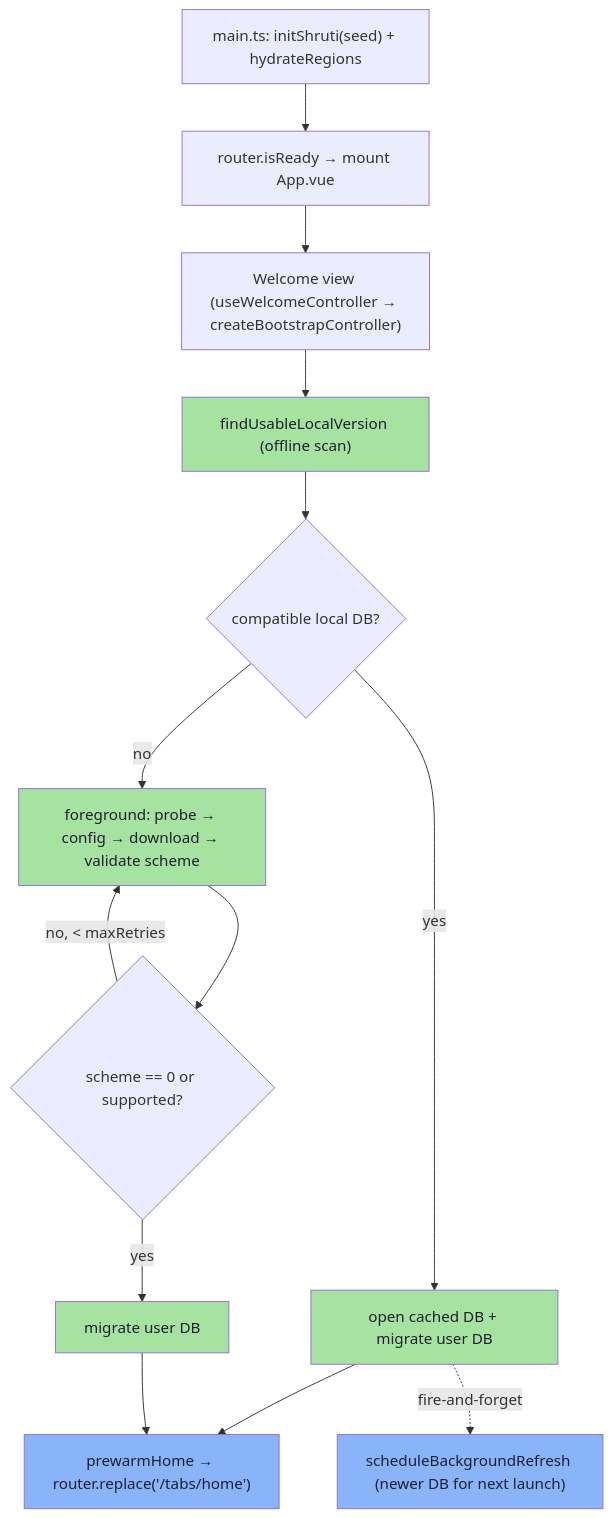
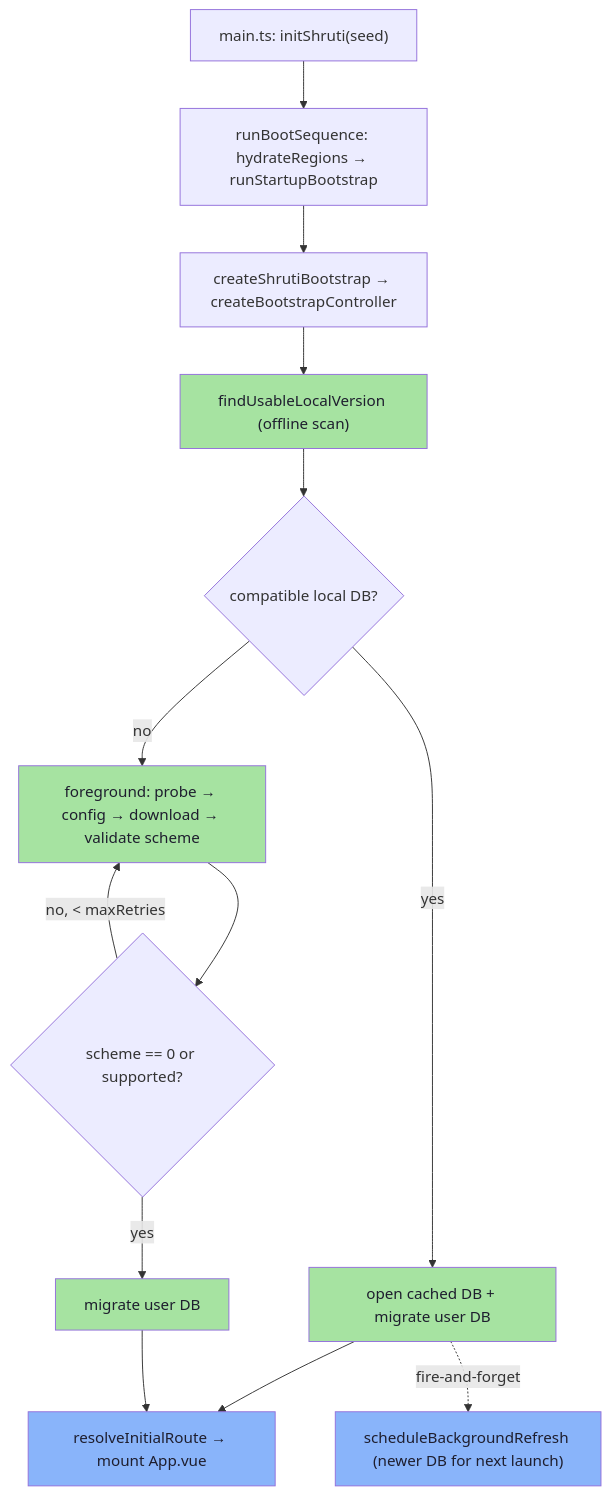
Before and after one commit to jiva-studio/shruti: the diagram in docs/repos/shruti/architecture/startup-flow.md, drawn with Mermaid. The commit also changed other lines of this file and 787 other files, not shown here.

````diff
--- a/docs/repos/shruti/architecture/startup-flow.md
+++ b/docs/repos/shruti/architecture/startup-flow.md
@@ -54,20 +49,20 @@
 ```mermaid
 graph TD
-  M["main.ts: initShruti(seed) + hydrateRegions"] --> R["router.isReady → mount App.vue"]
-  R --> W["Welcome view (useWelcomeController → createBootstrapController)"]
+  M["main.ts: initShruti(seed)"] --> B["runBootSequence: hydrateRegions → runStartupBootstrap"]
+  B --> W["createShrutiBootstrap → createBootstrapController"]
   W --> FU["findUsableLocalVersion (offline scan)"]
   FU --> HIT{"compatible local DB?"}
   HIT -- yes --> OPEN["open cached DB + migrate user DB"]
-  OPEN --> NAV["prewarmHome → router.replace('/tabs/home')"]
+  OPEN --> NAV["resolveInitialRoute → mount App.vue"]
   OPEN -.fire-and-forget.-> BG["scheduleBackgroundRefresh (newer DB for next launch)"]
   HIT -- no --> DL["foreground: probe → config → download → validate scheme"]
   DL --> V{"scheme == 0 or supported?"}
   V -- no, < maxRetries --> DL
   V -- yes --> MIG["migrate user DB"]
   MIG --> NAV
 
   classDef phase fill:#a6e3a1,color:#1e1e2e
   classDef io fill:#89b4fa,color:#1e1e2e
   class FU,OPEN,DL,MIG phase
   class BG,NAV io
 ```
````
